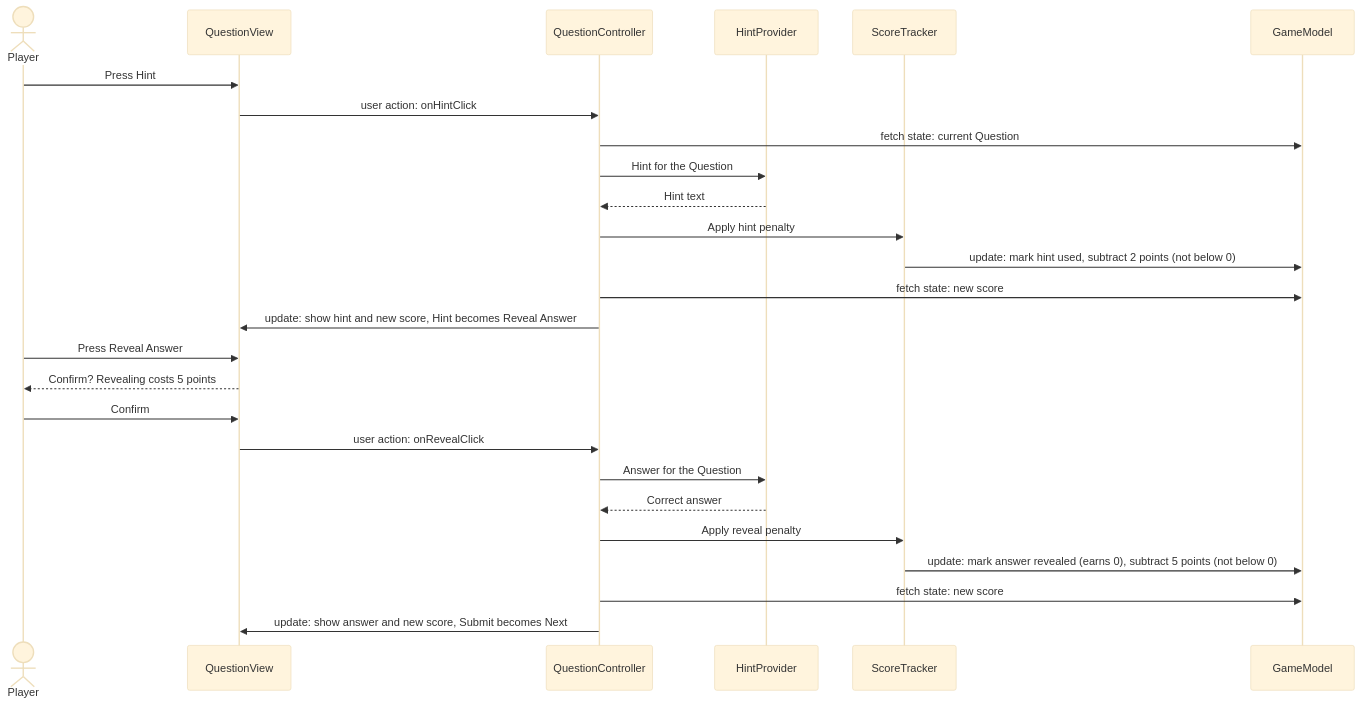
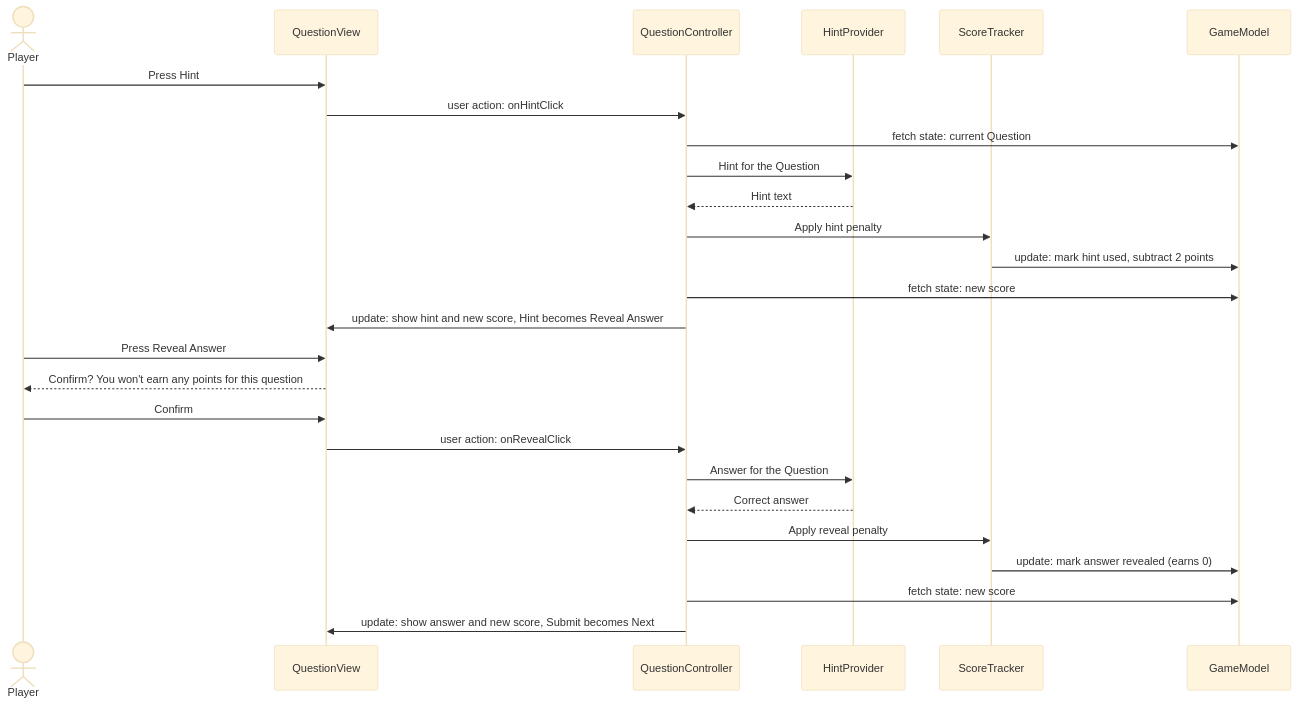
The second of 2 diagrams in docs/Architecture.md (moonwav/cse110-group21), drawn with Mermaid (base theme) before and after one commit. The commit also changed other lines of this file, not shown here.

Commit message:
Update architecture doc

````diff
--- a/docs/Architecture.md
+++ b/docs/Architecture.md
@@ -411,30 +412,30 @@
 ```mermaid
 sequenceDiagram
     actor Player
     participant QuestionView
     participant QuestionController
     participant HintProvider
     participant ScoreTracker
     participant GameModel
 
     Player->>QuestionView: Press Hint
     QuestionView->>QuestionController: user action: onHintClick
     QuestionController->>GameModel: fetch state: current Question
     QuestionController->>HintProvider: Hint for the Question
     HintProvider-->>QuestionController: Hint text
     QuestionController->>ScoreTracker: Apply hint penalty
-    ScoreTracker->>GameModel: update: mark hint used, subtract 2 points (not below 0)
+    ScoreTracker->>GameModel: update: mark hint used, subtract 2 points
     QuestionController->>GameModel: fetch state: new score
     QuestionController->>QuestionView: update: show hint and new score, Hint becomes Reveal Answer
 
     Player->>QuestionView: Press Reveal Answer
-    QuestionView-->>Player: Confirm? Revealing costs 5 points
+    QuestionView-->>Player: Confirm? You won't earn any points for this question
     Player->>QuestionView: Confirm
     QuestionView->>QuestionController: user action: onRevealClick
     QuestionController->>HintProvider: Answer for the Question
     HintProvider-->>QuestionController: Correct answer
     QuestionController->>ScoreTracker: Apply reveal penalty
-    ScoreTracker->>GameModel: update: mark answer revealed (earns 0), subtract 5 points (not below 0)
+    ScoreTracker->>GameModel: update: mark answer revealed (earns 0)
     QuestionController->>GameModel: fetch state: new score
     QuestionController->>QuestionView: update: show answer and new score, Submit becomes Next
 ```
````
